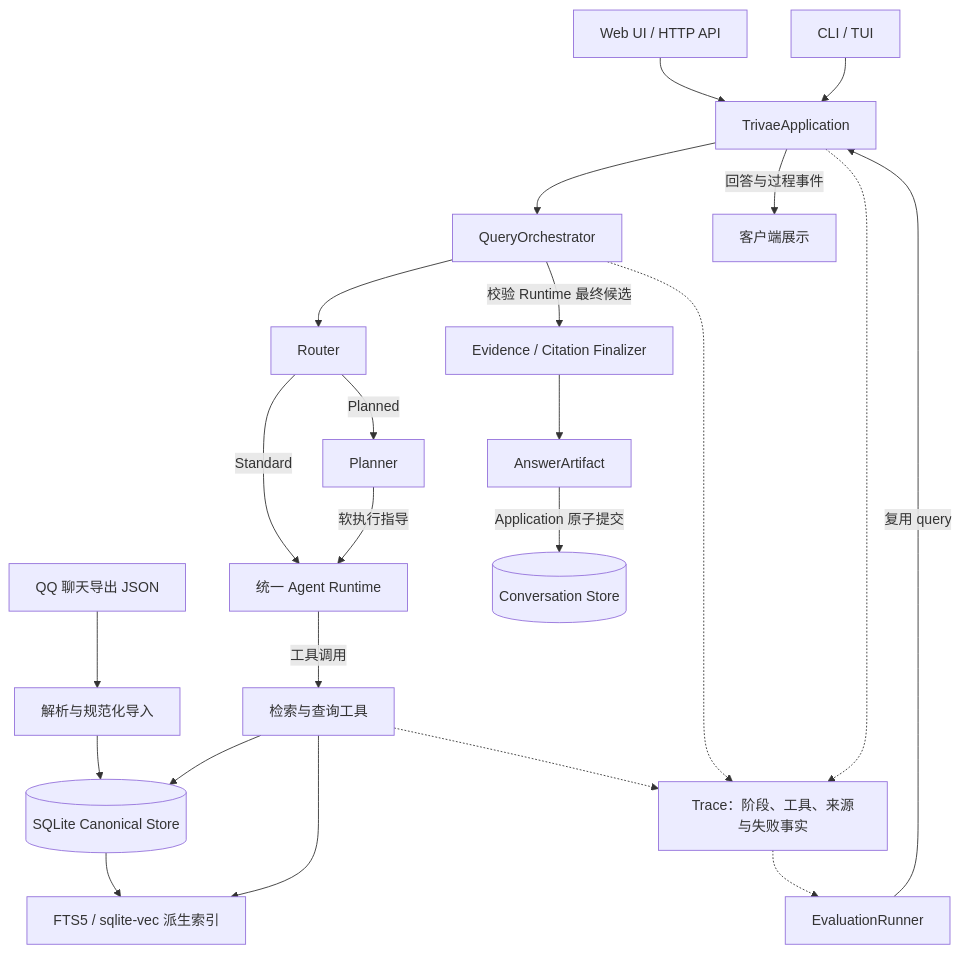
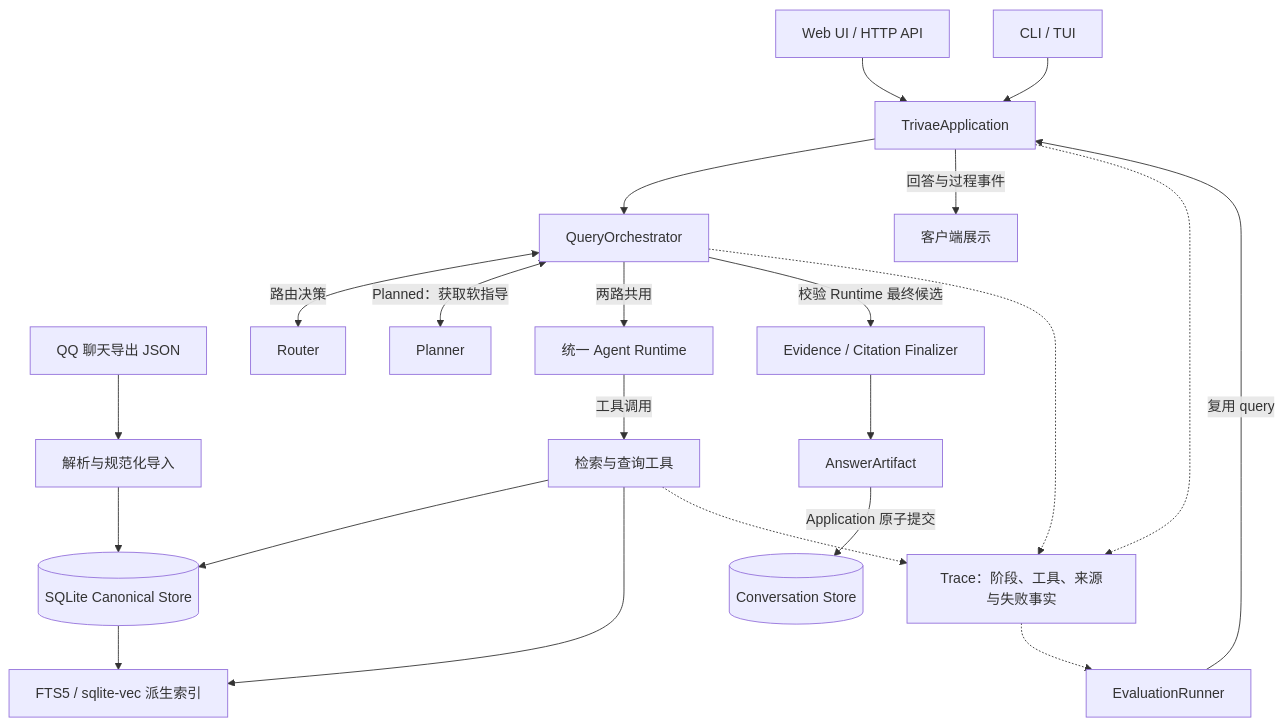
The diagram in docs/architecture.md (kaguranananana/Trivae), drawn with Mermaid before and after one commit. The commit also changed other lines of this file and 21 other files, not shown here.

````diff
--- a/docs/architecture.md
+++ b/docs/architecture.md
@@ -9,26 +9,25 @@
 ```mermaid
 flowchart TB
     Export[QQ 聊天导出 JSON] --> Import[解析与规范化导入]
     Import --> Canonical[(SQLite Canonical Store)]
     Canonical --> Index[FTS5 / sqlite-vec 派生索引]
 
     Web[Web UI / HTTP API] --> App[TrivaeApplication]
     CLI[CLI / TUI] --> App
     Eval[EvaluationRunner] -->|复用 query| App
     App --> Query[QueryOrchestrator]
-    Query --> Router[Router]
-    Router -->|Standard| Runtime[统一 Agent Runtime]
-    Router -->|Planned| Planner[Planner]
-    Planner -->|软执行指导| Runtime
+    Query <-->|路由决策| Router[Router]
+    Query <-->|Planned：获取软指导| Planner[Planner]
+    Query -->|两路共用| Runtime[统一 Agent Runtime]
     Runtime -->|工具调用| Tools[检索与查询工具]
     Tools --> Canonical
     Tools --> Index
     Query -->|校验 Runtime 最终候选| Evidence[Evidence / Citation Finalizer]
     Evidence --> Artifact[AnswerArtifact]
     Artifact -->|Application 原子提交| Conversation[(Conversation Store)]
     App -->|回答与过程事件| Client[客户端展示]
     App -.-> Trace[Trace：阶段、工具、来源与失败事实]
     Query -.-> Trace
     Tools -.-> Trace
     Trace -.-> Eval
 ```
````
